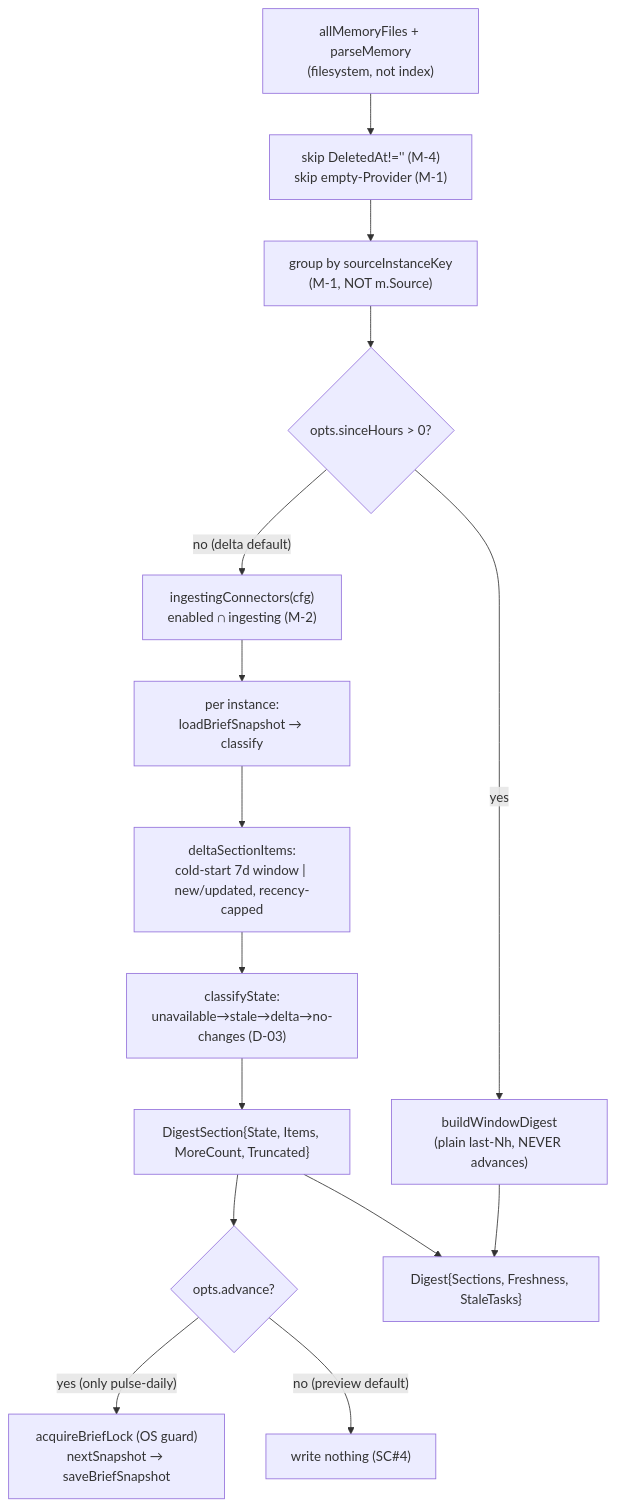
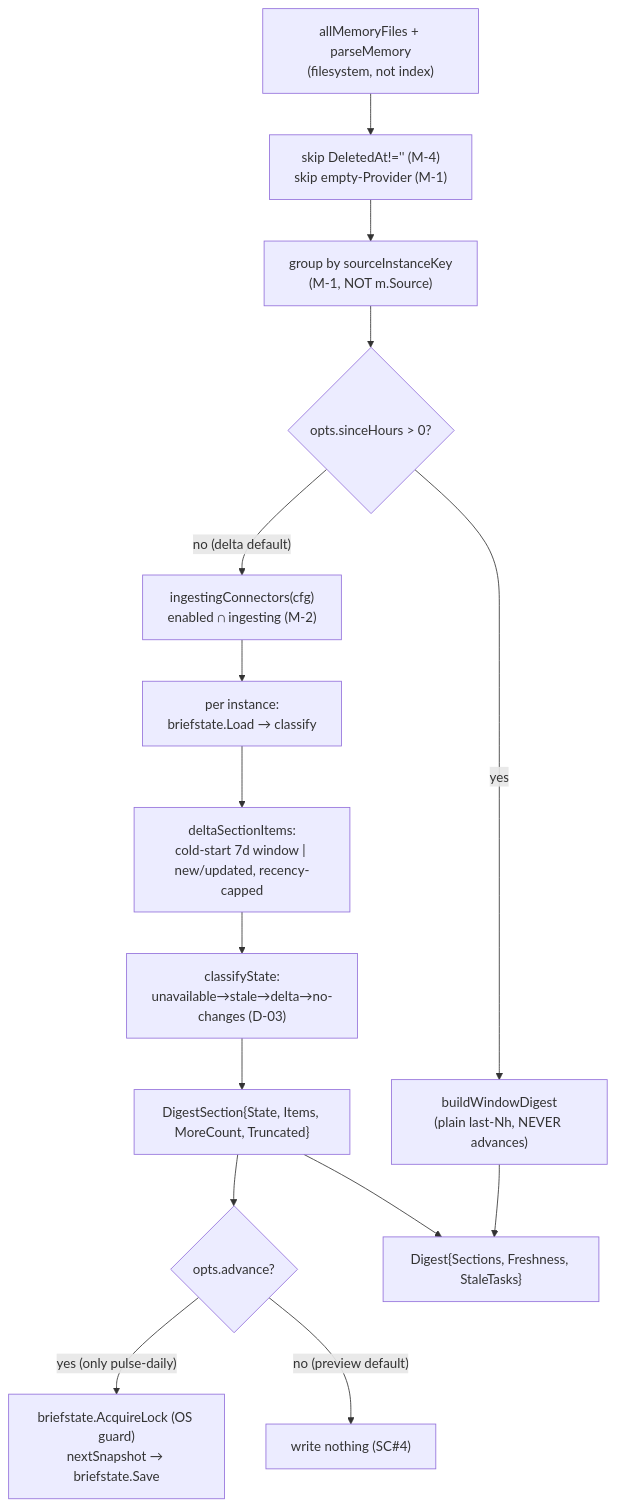
One commit to pyranthus-hq/mora changed the second of 6 diagrams in docs/architecture/07-synthesis-think-digest.md. Above: the diagram before and after it, drawn with Mermaid. The commit also changed other lines of this file and 8 other files, not shown here.

````diff
--- a/docs/architecture/07-synthesis-think-digest.md
+++ b/docs/architecture/07-synthesis-think-digest.md
@@ -176,17 +177,17 @@
 ```mermaid
 flowchart TD
   FS["allMemoryFiles + parseMemory<br/>(filesystem, not index)"] --> FLT["skip DeletedAt!='' (M-4)<br/>skip empty-Provider (M-1)"]
   FLT --> GRP["group by sourceInstanceKey<br/>(M-1, NOT m.Source)"]
   GRP --> MODE{"opts.sinceHours > 0?"}
   MODE -->|yes| WIN["buildWindowDigest<br/>(plain last-Nh, NEVER advances)"]
   MODE -->|"no (delta default)"| ENUM["ingestingConnectors(cfg)<br/>enabled ∩ ingesting (M-2)"]
-  ENUM --> PER["per instance:<br/>loadBriefSnapshot → classify"]
+  ENUM --> PER["per instance:<br/>briefstate.Load → classify"]
   PER --> ITEMS["deltaSectionItems:<br/>cold-start 7d window | new/updated, recency-capped"]
   ITEMS --> STATE["classifyState:<br/>unavailable→stale→delta→no-changes (D-03)"]
   STATE --> SECT["DigestSection{State, Items, MoreCount, Truncated}"]
   SECT --> ADV{"opts.advance?"}
-  ADV -->|"yes (only pulse-daily)"| LOCK["acquireBriefLock (OS guard)<br/>nextSnapshot → saveBriefSnapshot"]
+  ADV -->|"yes (only pulse-daily)"| LOCK["briefstate.AcquireLock (OS guard)<br/>nextSnapshot → briefstate.Save"]
   ADV -->|"no (preview default)"| NOOP["write nothing (SC#4)"]
   WIN --> OUT
   SECT --> OUT["Digest{Sections, Freshness, StaleTasks}"]
 ```
````
